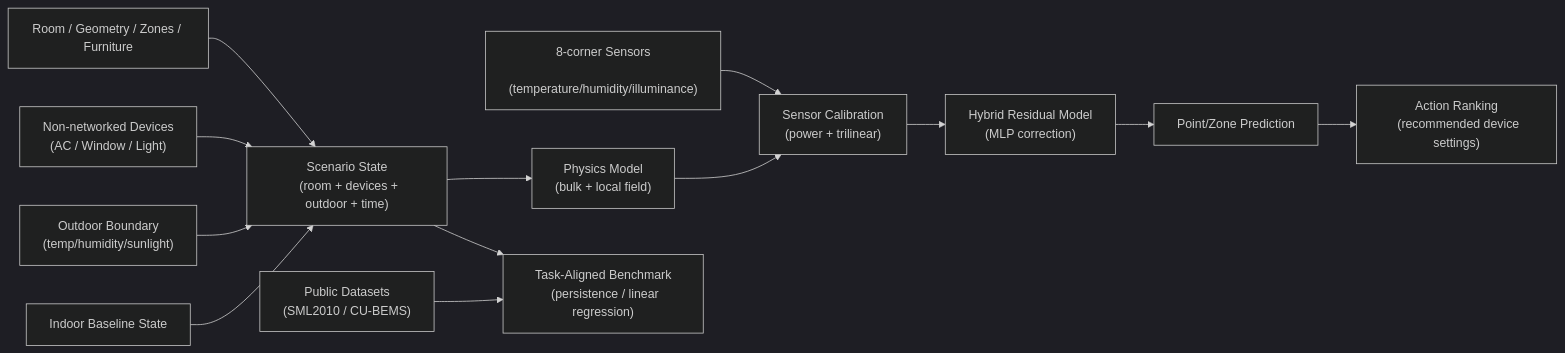
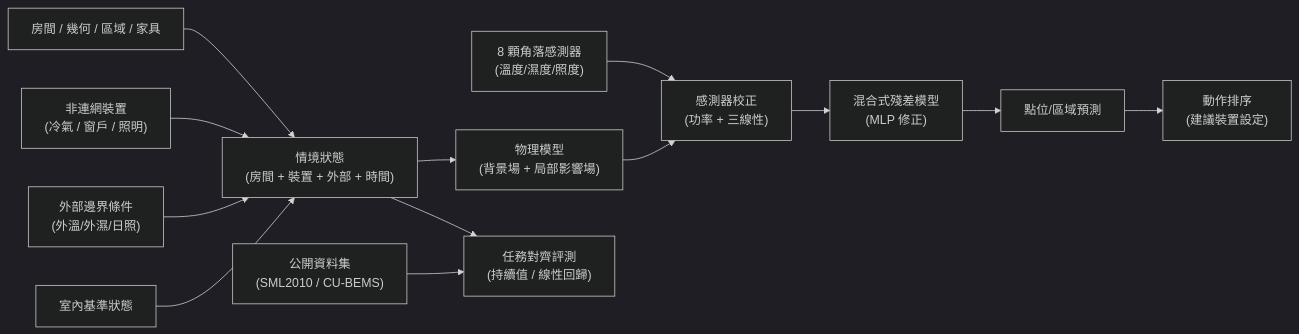
Before and after one commit to Yunitrish006006/Three-Factor-Digital-Twin: the second of 2 diagrams in OPEN_SPEC.md, drawn with Mermaid (dark theme). The commit also changed other lines of this file and 2 other files, not shown here.

First line of the commit message:
Add project academic architecture and file classification documentation in Chinese

````diff
--- a/OPEN_SPEC.md
+++ b/OPEN_SPEC.md
@@ -212,39 +239,39 @@
 ```mermaid
 flowchart LR
-  Room["Room / Geometry / Zones / Furniture"]
-  Sensors["8-corner Sensors
-  (temperature/humidity/illuminance)"]
-  Devices["Non-networked Devices
-  (AC / Window / Light)"]
-  Outdoor["Outdoor Boundary
-  (temp/humidity/sunlight)"]
-  Baseline["Indoor Baseline State"]
-  Scenario["Scenario State
-  (room + devices + outdoor + time)"]
-  Physics["Physics Model
-  (bulk + local field)"]
-  Calibration["Sensor Calibration
-  (power + trilinear)"]
-  Residual["Hybrid Residual Model
-  (MLP correction)"]
-  Inference["Point/Zone Prediction"]
-  Recommendation["Action Ranking
-  (recommended device settings)"]
-  PublicData["Public Datasets
+  Room["房間 / 幾何 / 區域 / 家具"]
+  Sensors["8 顆角落感測器
+  (溫度/濕度/照度)"]
+  Devices["非連網裝置
+  (冷氣 / 窗戶 / 照明)"]
+  Outdoor["外部邊界條件
+  (外溫/外濕/日照)"]
+  Baseline["室內基準狀態"]
+  Scenario["情境狀態
+  (房間 + 裝置 + 外部 + 時間)"]
+  Physics["物理模型
+  (背景場 + 局部影響場)"]
+  Calibration["感測器校正
+  (功率 + 三線性)"]
+  Residual["混合式殘差模型
+  (MLP 修正)"]
+  Inference["點位/區域預測"]
+  Recommendation["動作排序
+  (建議裝置設定)"]
+  PublicData["公開資料集
   (SML2010 / CU-BEMS)"]
-  Benchmark["Task-Aligned Benchmark
-  (persistence / linear regression)"]
+  Benchmark["任務對齊評測
+  (持續值 / 線性回歸)"]
 
   Room --> Scenario
   Sensors --> Calibration
   Devices --> Scenario
   Outdoor --> Scenario
   Baseline --> Scenario
   Scenario --> Physics
   Physics --> Calibration
   Calibration --> Residual
   Residual --> Inference
   Inference --> Recommendation
   PublicData --> Benchmark
   Scenario --> Benchmark
 ```
````
